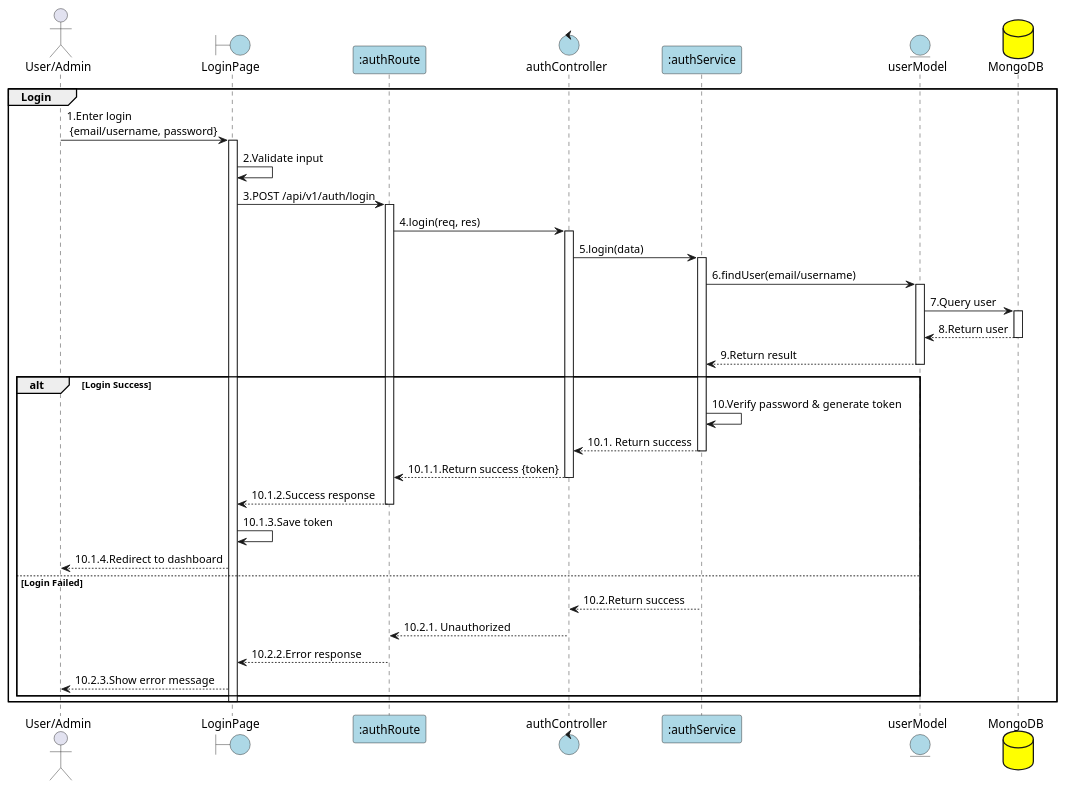
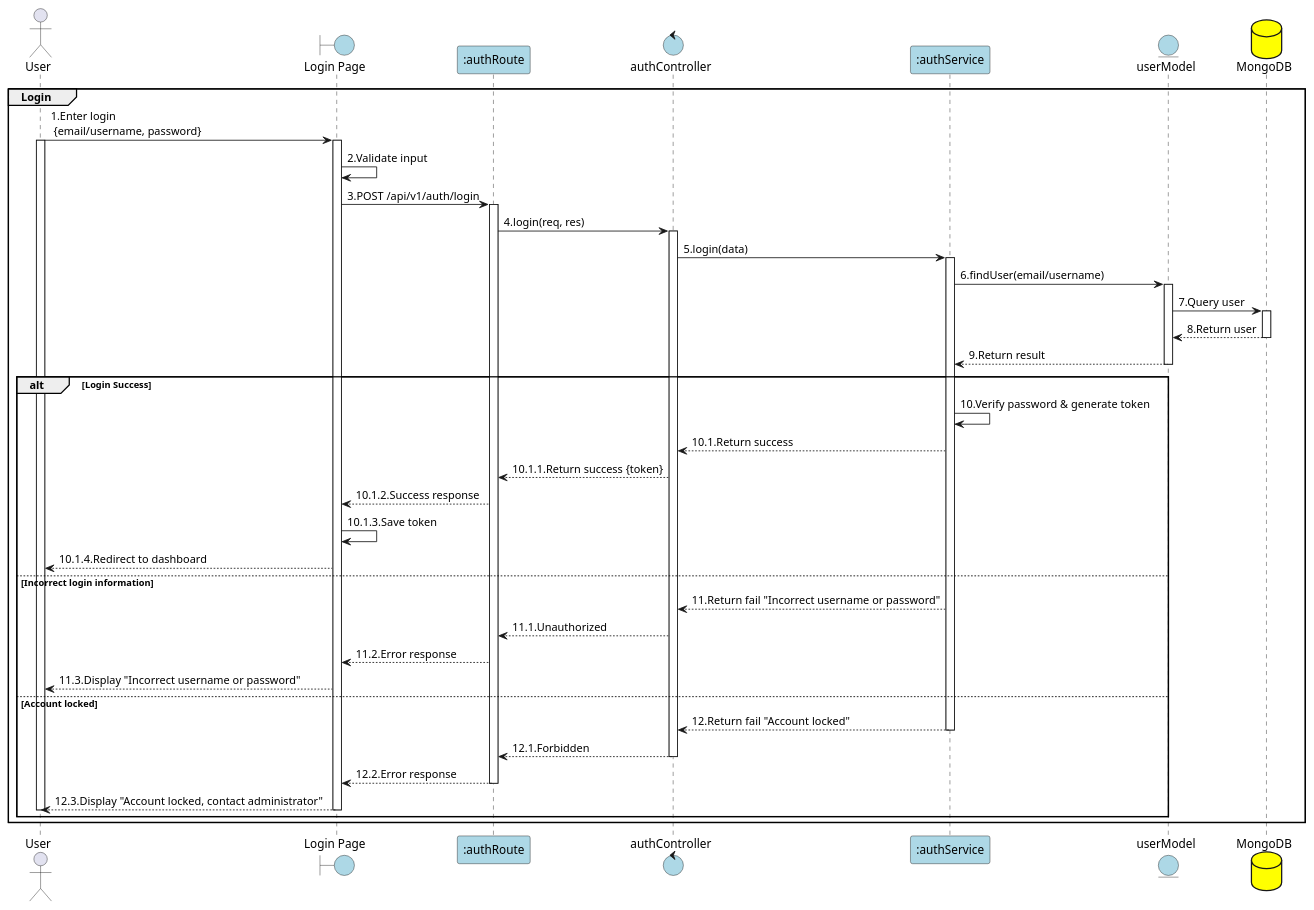
One commit to Aohkne/CaloCook changed the diagram in PlanUML/1_login.puml. Above: the diagram before and after it, drawn with PlantUML. The commit also changed 23 other files, not shown here.

```diff
--- a/PlanUML/1_login.puml
+++ b/PlanUML/1_login.puml
@@ -1,66 +1,73 @@
 @startuml Login
 
-actor User as "User/Admin"
-boundary "LoginPage" as View #lightblue
+actor User as "User"
+boundary "Login Page" as View #lightblue
 participant ":authRoute" as Routes_FE #lightblue
 control "authController" as Controller #lightblue
 participant ":authService" as Service #lightblue
 entity "userModel" as Model #lightblue
 database "MongoDB" as MongoDB #yellow
 
 group Login
 User -> View: 1.Enter login\n {email/username, password}
 activate View
+activate User
 
 View -> View: 2.Validate input
 View -> Routes_FE: 3.POST /api/v1/auth/login
 activate Routes_FE
 
 Routes_FE -> Controller: 4.login(req, res)
 activate Controller
 
 Controller -> Service: 5.login(data)
 activate Service
 
 Service -> Model: 6.findUser(email/username)
 activate Model
 
 Model -> MongoDB: 7.Query user
 activate MongoDB
 MongoDB --> Model: 8.Return user
 deactivate MongoDB
 
 Model --> Service: 9.Return result
 deactivate Model
 
 alt Login Success
     Service -> Service: 10.Verify password & generate token
-    Service --> Controller: 10.1. Return success
-    deactivate Service
-    
+    Service --> Controller: 10.1.Return success
+
     Controller --> Routes_FE: 10.1.1.Return success {token}
-    deactivate Controller
-    
+
     Routes_FE --> View: 10.1.2.Success response
-    deactivate Routes_FE
-    
+
     View -> View: 10.1.3.Save token
     View --> User: 10.1.4.Redirect to dashboard
-    
-else Login Failed
-    Service --> Controller: 10.2.Return success
+
+else Incorrect login information
+    Service --> Controller: 11.Return fail "Incorrect username or password"
+
+    Controller --> Routes_FE: 11.1.Unauthorized
+
+    Routes_FE --> View: 11.2.Error response
+
+    View --> User: 11.3.Display "Incorrect username or password"
+
+else Account locked
+    Service --> Controller: 12.Return fail "Account locked"
     deactivate Service
-    
-    Controller --> Routes_FE: 10.2.1. Unauthorized
+
+    Controller --> Routes_FE: 12.1.Forbidden
     deactivate Controller
-    
-    Routes_FE --> View: 10.2.2.Error response
+
+    Routes_FE --> View: 12.2.Error response
     deactivate Routes_FE
-    
-    View --> User: 10.2.3.Show error message
+
+    View --> User: 12.3.Display "Account locked, contact administrator"
+    deactivate View
+    deactivate User
 end
-
-deactivate View
 end
 
 @enduml
```
